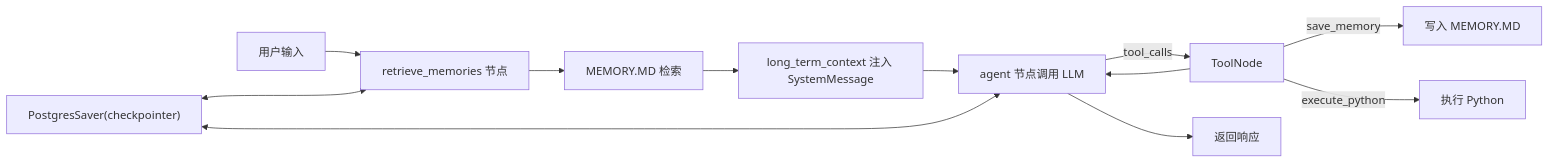
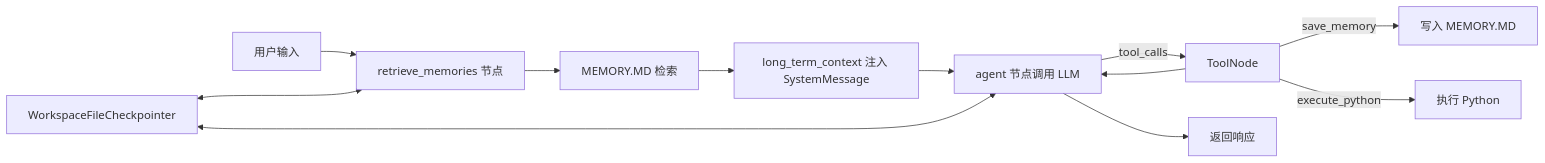
The diagram in docs/memory_doc.md (weishen5271/W-bot), drawn with Mermaid before and after one commit. The commit also changed other lines of this file and 12 other files, not shown here.

````diff
--- a/docs/memory_doc.md
+++ b/docs/memory_doc.md
@@ -34,15 +34,15 @@
 ```mermaid
 flowchart LR
 A["用户输入"] --> B["retrieve_memories 节点"]
 B --> C["MEMORY.MD 检索"]
 C --> D["long_term_context 注入 SystemMessage"]
 D --> E["agent 节点调用 LLM"]
 E -->|tool_calls| F["ToolNode"]
 F -->|save_memory| G["写入 MEMORY.MD"]
 F -->|execute_python| H["执行 Python"]
 F --> E
 E --> I["返回响应"]
 
-J["PostgresSaver(checkpointer)"] <---> E
+J["WorkspaceFileCheckpointer"] <---> E
 J <---> B
 ```
````
